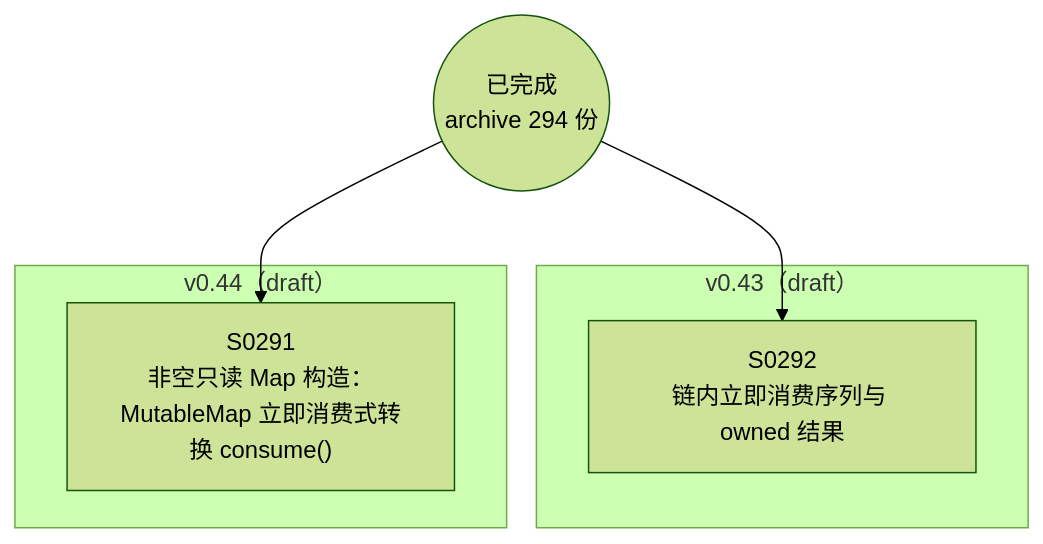
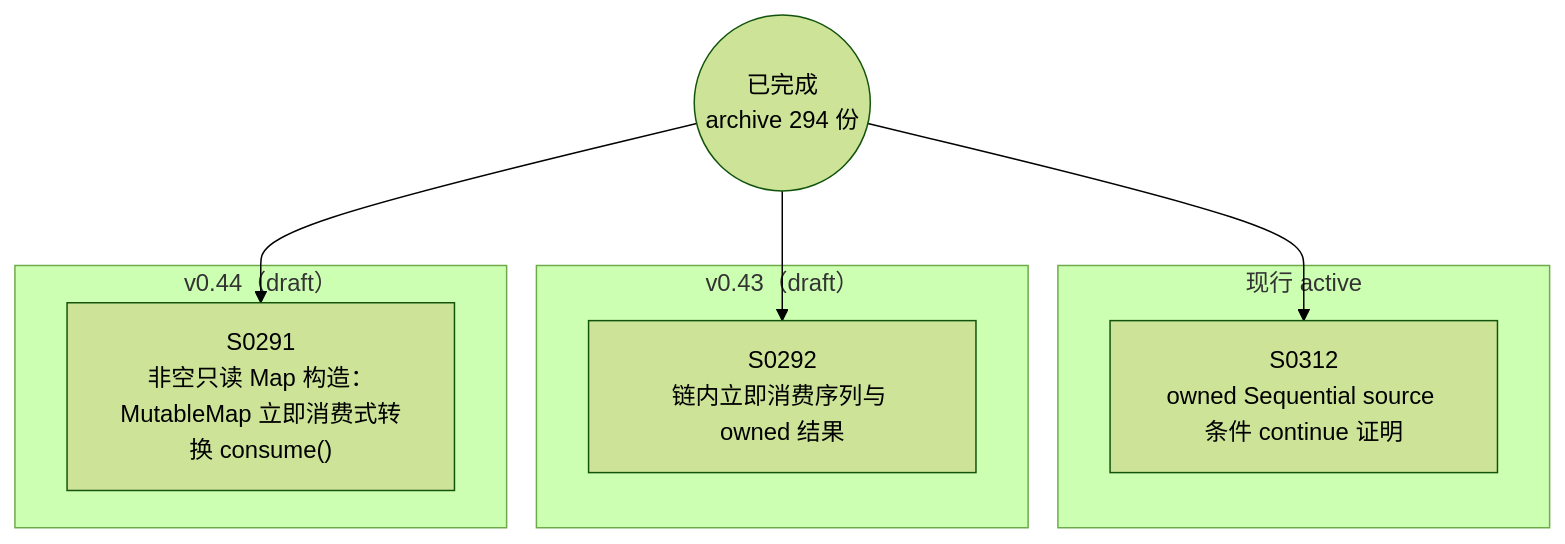
The diagram in docs/specs/dependency-graph.md (Halckon/Koven), drawn with Mermaid (forest theme) before and after one commit. The commit also changed other lines of this file and 6 other files, not shown here.

Commit message:
docs: define SPEC-0312 single owned source continue proof

````diff
--- a/docs/specs/dependency-graph.md
+++ b/docs/specs/dependency-graph.md
@@ -9,12 +9,16 @@
 ```mermaid
 flowchart TD
 ARCH(("已完成<br/>archive 294 份"))
+subgraph Gactive["现行 active"]
+  S0312["S0312<br/>owned Sequential source 条件 continue 证明"]
+end
 subgraph Gdrafts_v043["v0.43（draft）"]
   S0292["S0292<br/>链内立即消费序列与 owned 结果"]
 end
 subgraph Gdrafts_v044["v0.44（draft）"]
   S0291["S0291<br/>非空只读 Map 构造：MutableMap 立即消费式转换 consume()"]
 end
 ARCH --> S0291
 ARCH --> S0292
+ARCH --> S0312
 ```
````
